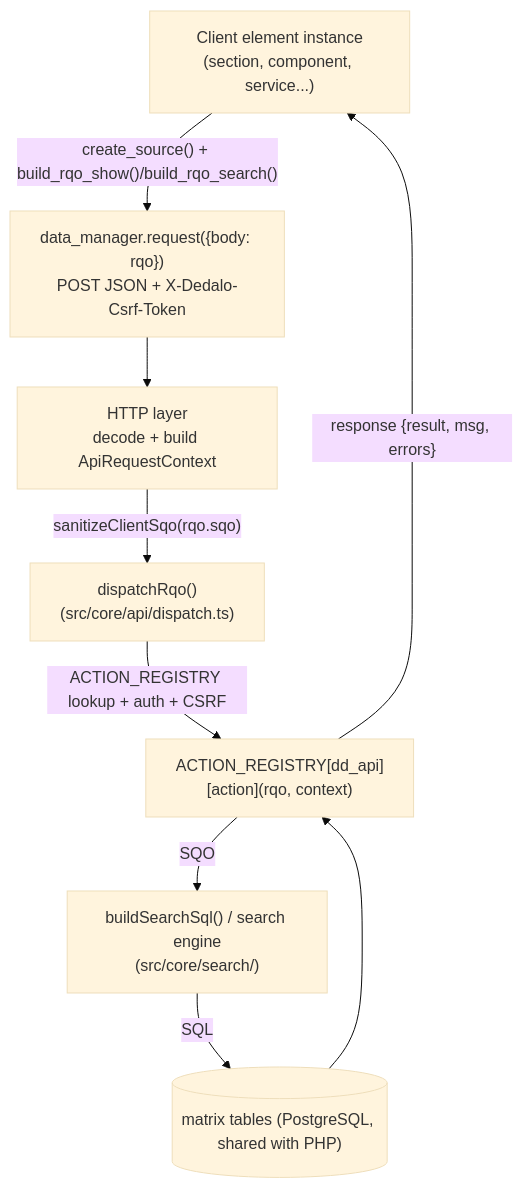
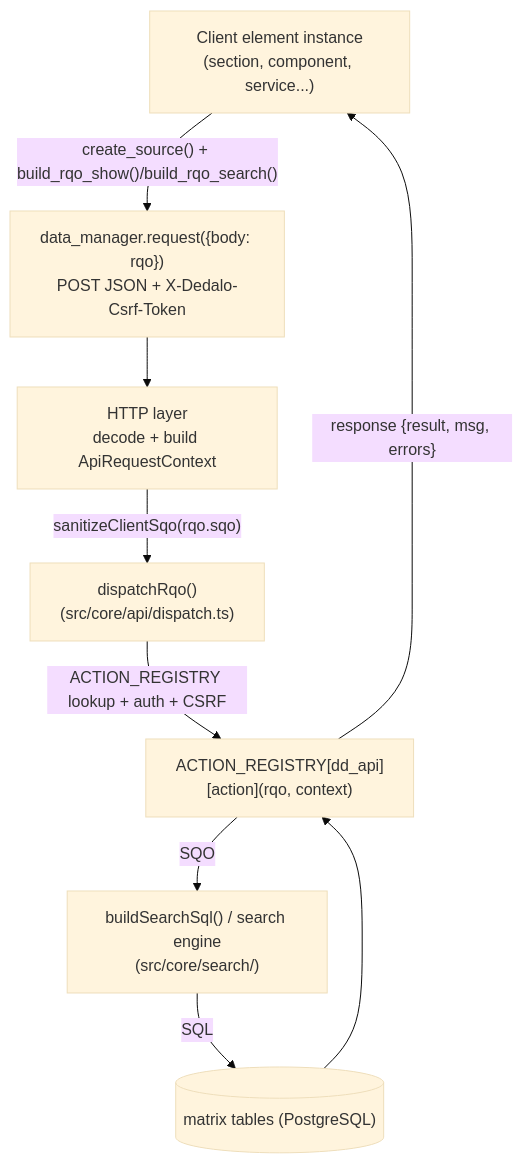
The diagram in docs/core/rqo.md (renderpci/dedalo), drawn with Mermaid (base theme) before and after one commit. The commit also changed other lines of this file and 11 other files, not shown here.

First line of the commit message:
docs: update architecture overview to reflect TypeScript/Bun server implementation and clarify documentation structure

````diff
--- a/docs/core/rqo.md
+++ b/docs/core/rqo.md
@@ -91,11 +89,11 @@
 ```mermaid
 graph TD
 	A["Client element instance<br/>(section, component, service...)"] -- "create_source() + build_rqo_show()/build_rqo_search()" --> B["data_manager.request({body: rqo})<br/>POST JSON + X-Dedalo-Csrf-Token"]
 	B --> C["HTTP layer<br/>decode + build ApiRequestContext"]
 	C -- "sanitizeClientSqo(rqo.sqo)" --> D["dispatchRqo()<br/>(src/core/api/dispatch.ts)"]
 	D -- "ACTION_REGISTRY lookup + auth + CSRF" --> E["ACTION_REGISTRY[dd_api][action](rqo, context)"]
 	E -- SQO --> F["buildSearchSql() / search engine<br/>(src/core/search/)"]
-	F -- SQL --> G[("matrix tables (PostgreSQL, shared with PHP)")]
+	F -- SQL --> G[("matrix tables (PostgreSQL)")]
 	G --> E
 	E -- "response {result, msg, errors}" --> A
 ```
````
